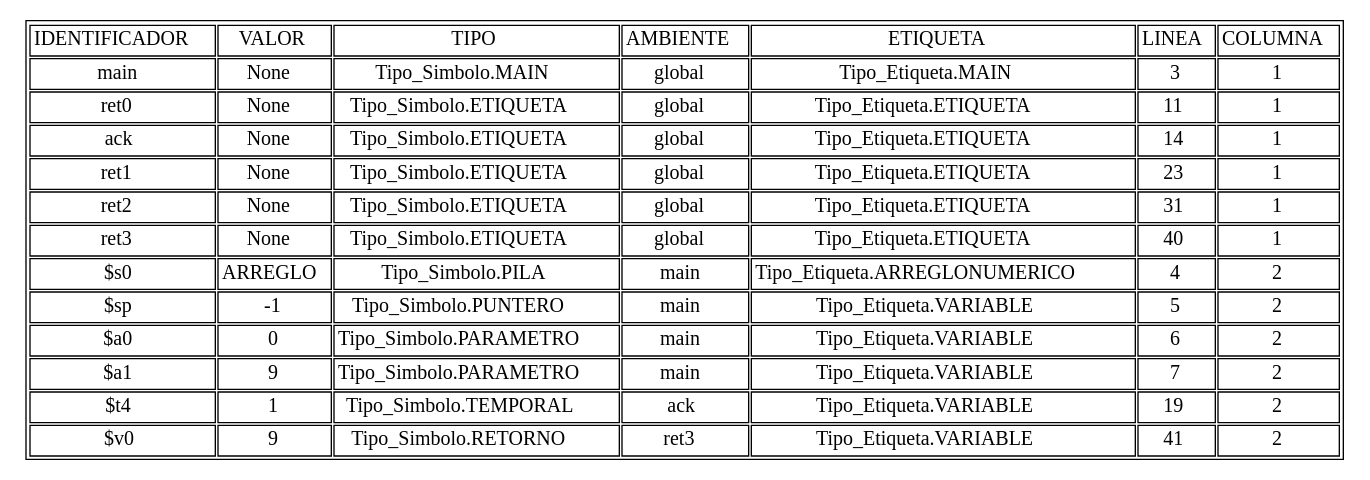
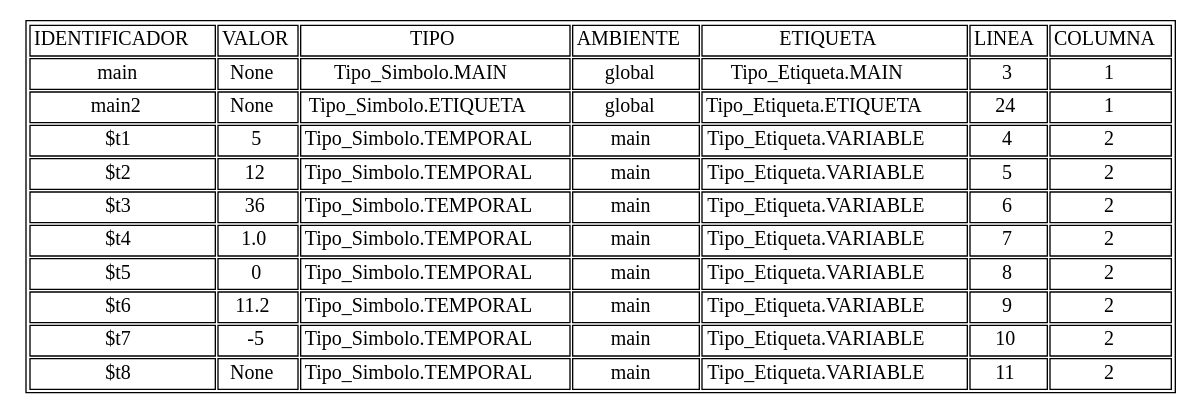
One commit to AndreeAvalos/OLC2-AUGUS changed the diagram in tablasimbolos.dot. Above: the diagram before and after it, drawn with Graphviz. The commit also changed 5 other files, not shown here.

```diff
--- a/tablasimbolos.dot
+++ b/tablasimbolos.dot
@@ -1,20 +1,18 @@
 digraph tabla{
 graph [ratio=fill];node [label="\N", fontsize=15, shape=plaintext];
 graph [bb="0,0,352,154"];
 arset [label=<<TABLE ALIGN="LEFT">
 <TR><TD>IDENTIFICADOR</TD><TD>VALOR</TD><TD>TIPO</TD><TD>AMBIENTE</TD><TD>ETIQUETA</TD><TD>LINEA</TD><TD>COLUMNA</TD></TR>
 <TR><TD>main</TD><TD>None</TD><TD>Tipo_Simbolo.MAIN</TD><TD>global</TD><TD>Tipo_Etiqueta.MAIN</TD><TD>3</TD><TD>1</TD></TR>
-<TR><TD>ret0</TD><TD>None</TD><TD>Tipo_Simbolo.ETIQUETA</TD><TD>global</TD><TD>Tipo_Etiqueta.ETIQUETA</TD><TD>11</TD><TD>1</TD></TR>
-<TR><TD>ack</TD><TD>None</TD><TD>Tipo_Simbolo.ETIQUETA</TD><TD>global</TD><TD>Tipo_Etiqueta.ETIQUETA</TD><TD>14</TD><TD>1</TD></TR>
-<TR><TD>ret1</TD><TD>None</TD><TD>Tipo_Simbolo.ETIQUETA</TD><TD>global</TD><TD>Tipo_Etiqueta.ETIQUETA</TD><TD>23</TD><TD>1</TD></TR>
-<TR><TD>ret2</TD><TD>None</TD><TD>Tipo_Simbolo.ETIQUETA</TD><TD>global</TD><TD>Tipo_Etiqueta.ETIQUETA</TD><TD>31</TD><TD>1</TD></TR>
-<TR><TD>ret3</TD><TD>None</TD><TD>Tipo_Simbolo.ETIQUETA</TD><TD>global</TD><TD>Tipo_Etiqueta.ETIQUETA</TD><TD>40</TD><TD>1</TD></TR>
-<TR><TD>$s0</TD><TD>ARREGLO</TD><TD>Tipo_Simbolo.PILA</TD><TD>main</TD><TD>Tipo_Etiqueta.ARREGLONUMERICO</TD><TD>4</TD><TD>2</TD></TR>
-<TR><TD>$sp</TD><TD>-1</TD><TD>Tipo_Simbolo.PUNTERO</TD><TD>main</TD><TD>Tipo_Etiqueta.VARIABLE</TD><TD>5</TD><TD>2</TD></TR>
-<TR><TD>$a0</TD><TD>0</TD><TD>Tipo_Simbolo.PARAMETRO</TD><TD>main</TD><TD>Tipo_Etiqueta.VARIABLE</TD><TD>6</TD><TD>2</TD></TR>
-<TR><TD>$a1</TD><TD>9</TD><TD>Tipo_Simbolo.PARAMETRO</TD><TD>main</TD><TD>Tipo_Etiqueta.VARIABLE</TD><TD>7</TD><TD>2</TD></TR>
-<TR><TD>$t4</TD><TD>1</TD><TD>Tipo_Simbolo.TEMPORAL</TD><TD>ack</TD><TD>Tipo_Etiqueta.VARIABLE</TD><TD>19</TD><TD>2</TD></TR>
-<TR><TD>$v0</TD><TD>9</TD><TD>Tipo_Simbolo.RETORNO</TD><TD>ret3</TD><TD>Tipo_Etiqueta.VARIABLE</TD><TD>41</TD><TD>2</TD></TR>
+<TR><TD>main2</TD><TD>None</TD><TD>Tipo_Simbolo.ETIQUETA</TD><TD>global</TD><TD>Tipo_Etiqueta.ETIQUETA</TD><TD>24</TD><TD>1</TD></TR>
+<TR><TD>$t1</TD><TD>5</TD><TD>Tipo_Simbolo.TEMPORAL</TD><TD>main</TD><TD>Tipo_Etiqueta.VARIABLE</TD><TD>4</TD><TD>2</TD></TR>
+<TR><TD>$t2</TD><TD>12</TD><TD>Tipo_Simbolo.TEMPORAL</TD><TD>main</TD><TD>Tipo_Etiqueta.VARIABLE</TD><TD>5</TD><TD>2</TD></TR>
+<TR><TD>$t3</TD><TD>36</TD><TD>Tipo_Simbolo.TEMPORAL</TD><TD>main</TD><TD>Tipo_Etiqueta.VARIABLE</TD><TD>6</TD><TD>2</TD></TR>
+<TR><TD>$t4</TD><TD>1.0</TD><TD>Tipo_Simbolo.TEMPORAL</TD><TD>main</TD><TD>Tipo_Etiqueta.VARIABLE</TD><TD>7</TD><TD>2</TD></TR>
+<TR><TD>$t5</TD><TD>0</TD><TD>Tipo_Simbolo.TEMPORAL</TD><TD>main</TD><TD>Tipo_Etiqueta.VARIABLE</TD><TD>8</TD><TD>2</TD></TR>
+<TR><TD>$t6</TD><TD>11.2</TD><TD>Tipo_Simbolo.TEMPORAL</TD><TD>main</TD><TD>Tipo_Etiqueta.VARIABLE</TD><TD>9</TD><TD>2</TD></TR>
+<TR><TD>$t7</TD><TD>-5</TD><TD>Tipo_Simbolo.TEMPORAL</TD><TD>main</TD><TD>Tipo_Etiqueta.VARIABLE</TD><TD>10</TD><TD>2</TD></TR>
+<TR><TD>$t8</TD><TD>None</TD><TD>Tipo_Simbolo.TEMPORAL</TD><TD>main</TD><TD>Tipo_Etiqueta.VARIABLE</TD><TD>11</TD><TD>2</TD></TR>
 </TABLE>
 >, ];
 }
```
